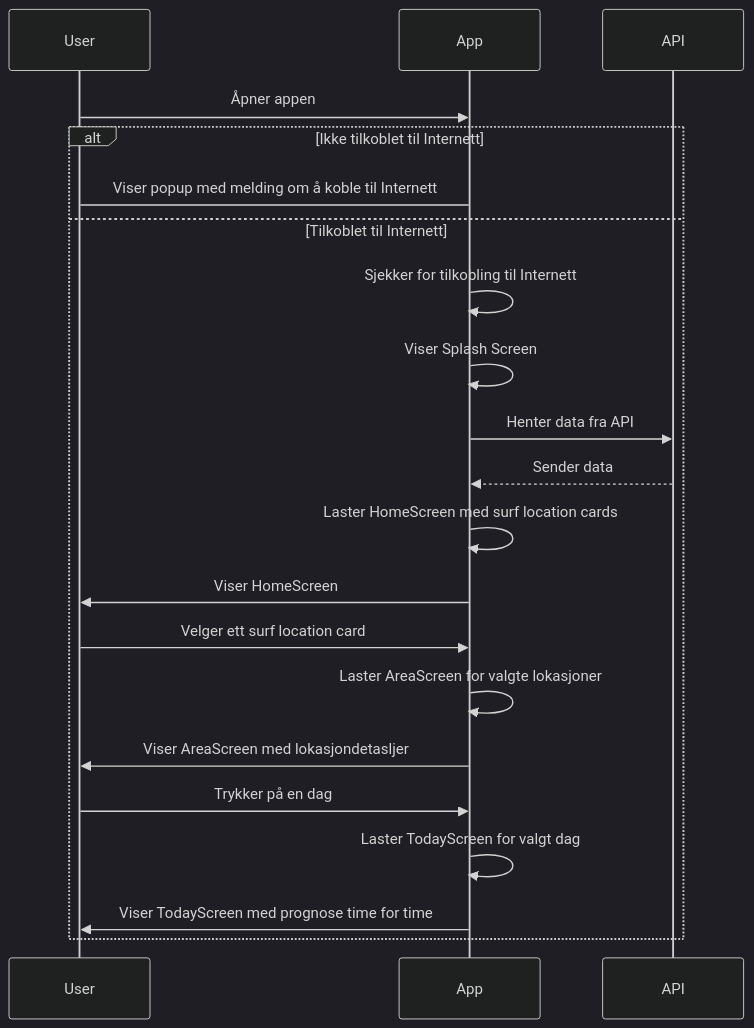
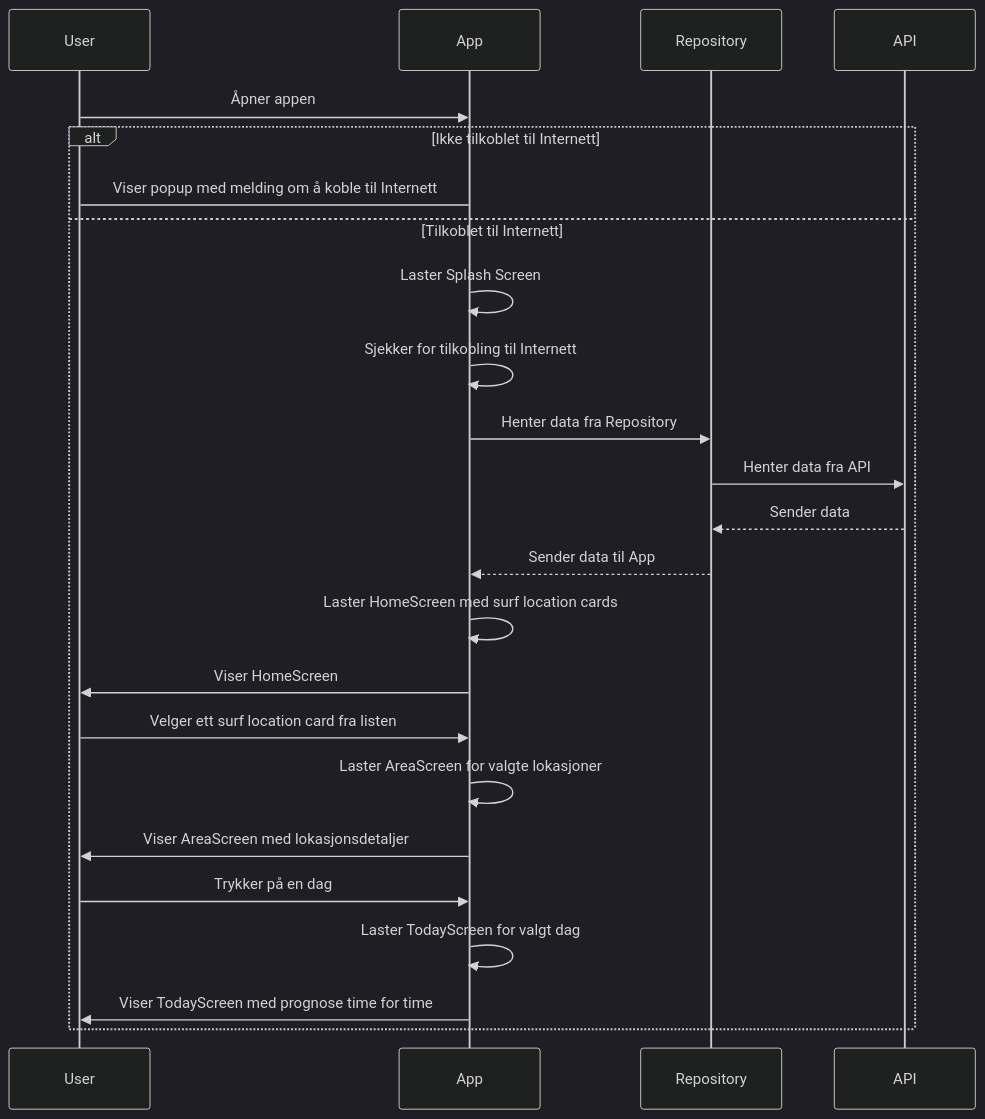
Before and after one commit to orjanhsy/smacklip-surf: the diagram in MODELING.md, drawn with Mermaid (dark theme). The commit also changed other lines of this file, not shown here.

Commit message:
tekstlig beskrivelse av første to diagrammer, la til repository column i sekvens

````diff
--- a/MODELING.md
+++ b/MODELING.md
@@ -3,24 +27,27 @@
 ```mermaid
 sequenceDiagram
     participant User
     participant App
+    participant Repository
     participant API
 
     User->>App: Åpner appen
     alt Ikke tilkoblet til Internett
         App->User: Viser popup med melding om å koble til Internett
     else Tilkoblet til Internett
+    App->>App: Laster Splash Screen
         App->>App: Sjekker for tilkobling til Internett
-        App->>App: Viser Splash Screen
-        App->>API: Henter data fra API
-        API-->>App: Sender data
+        App->>Repository: Henter data fra Repository
+        Repository->>API: Henter data fra API
+        API-->>Repository: Sender data
+        Repository-->>App: Sender data til App
         App->>App: Laster HomeScreen med surf location cards
         App->>User: Viser HomeScreen
-        User->>App: Velger ett surf location card
+        User->>App: Velger ett surf location card fra listen
         App->>App: Laster AreaScreen for valgte lokasjoner
-        App->>User: Viser AreaScreen med lokasjondetasljer
+        App->>User: Viser AreaScreen med lokasjonsdetaljer
         User->>App: Trykker på en dag
         App->>App: Laster TodayScreen for valgt dag
         App->>User: Viser TodayScreen med prognose time for time
     end
 ```
````
